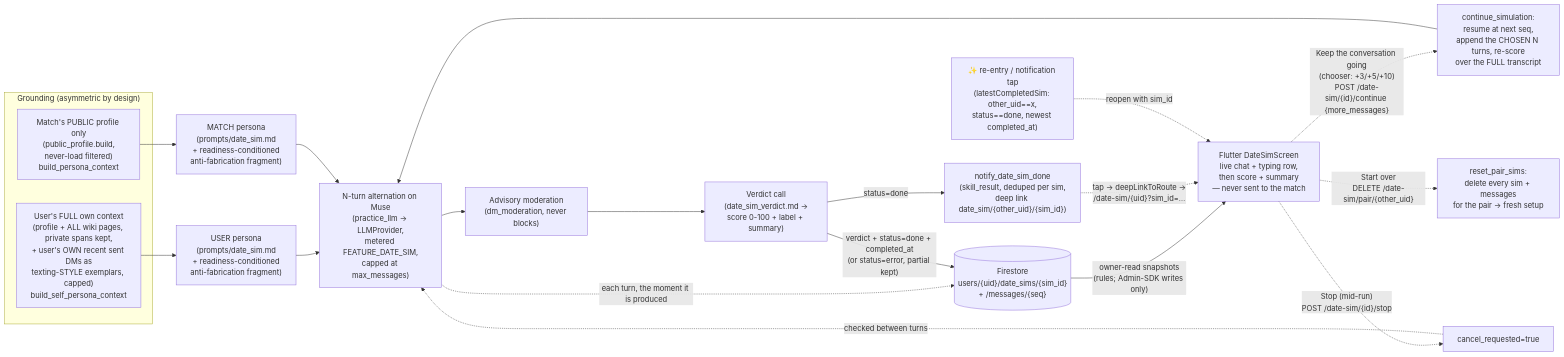
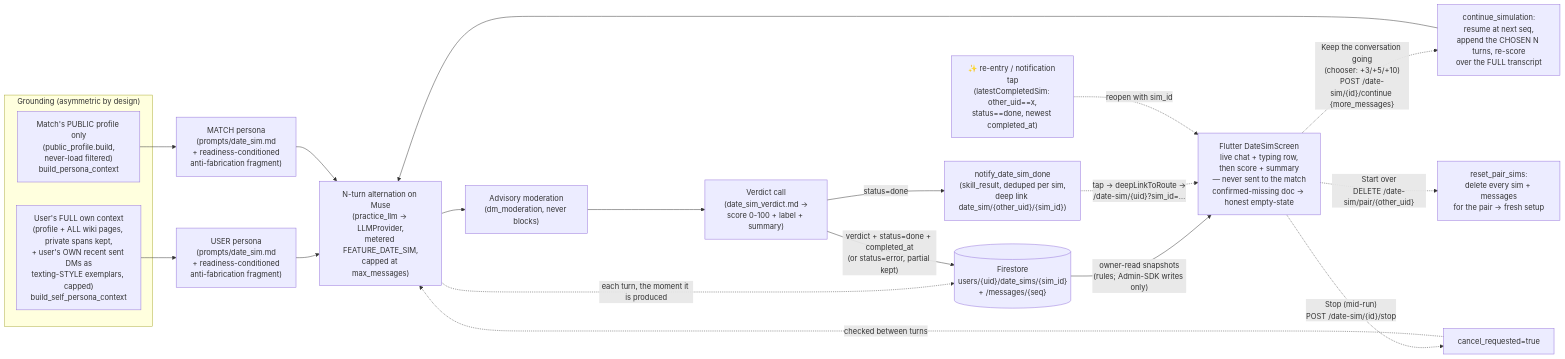
Before and after one commit to suhailps93/ayma-v2: diagram 12 of 14 in docs/ARCHITECTURE.md, drawn with Mermaid. The commit also changed other lines of this file and 4 other files, not shown here.

First line of the commit message:
fix(sim): honest empty-state for deleted sim + deep-link regression pins (2289)

````diff
--- a/docs/ARCHITECTURE.md
+++ b/docs/ARCHITECTURE.md
@@ -2439,23 +2443,23 @@
 ```mermaid
 flowchart LR
   subgraph grounding["Grounding (asymmetric by design)"]
     U["User's FULL own context<br/>(profile + ALL wiki pages, private spans kept,<br/>+ user's OWN recent sent DMs as<br/>texting-STYLE exemplars, capped)<br/>build_self_persona_context"]
     M["Match's PUBLIC profile only<br/>(public_profile.build,<br/>never-load filtered)<br/>build_persona_context"]
   end
   U --> P1["USER persona<br/>(prompts/date_sim.md<br/>+ readiness-conditioned<br/>anti-fabrication fragment)"]
   M --> P2["MATCH persona<br/>(prompts/date_sim.md<br/>+ readiness-conditioned<br/>anti-fabrication fragment)"]
   P1 & P2 --> LOOP["N-turn alternation on Muse<br/>(practice_llm → LLMProvider,<br/>metered FEATURE_DATE_SIM,<br/>capped at max_messages)"]
   LOOP --> MOD["Advisory moderation<br/>(dm_moderation, never blocks)"]
   MOD --> V["Verdict call<br/>(date_sim_verdict.md →<br/>score 0-100 + label + summary)"]
   LOOP -. "each turn, the moment it is produced" .-> FS[("Firestore<br/>users/{uid}/date_sims/{sim_id}<br/>+ /messages/{seq}")]
   V -- "verdict + status=done + completed_at<br/>(or status=error, partial kept)" --> FS
   V -- "status=done" --> NOTIF["notify_date_sim_done<br/>(skill_result, deduped per sim,<br/>deep link date_sim/{other_uid}/{sim_id})"]
-  FS -- "owner-read snapshots<br/>(rules; Admin-SDK writes only)" --> UI["Flutter DateSimScreen<br/>live chat + typing row,<br/>then score + summary<br/>— never sent to the match"]
+  FS -- "owner-read snapshots<br/>(rules; Admin-SDK writes only)" --> UI["Flutter DateSimScreen<br/>live chat + typing row,<br/>then score + summary<br/>— never sent to the match<br/>confirmed-missing doc → honest empty-state"]
   NOTIF -. "tap → deepLinkToRoute →<br/>/date-sim/{uid}?sim_id=…" .-> UI
   REOPEN["✨ re-entry / notification tap<br/>(latestCompletedSim: other_uid==x,<br/>status==done, newest completed_at)"] -. "reopen with sim_id" .-> UI
   UI -. "Keep the conversation going<br/>(chooser: +3/+5/+10)<br/>POST /date-sim/{id}/continue {more_messages}" .-> CONT["continue_simulation:<br/>resume at next seq,<br/>append the CHOSEN N turns, re-score<br/>over the FULL transcript"]
   CONT --> LOOP
   UI -. "Stop (mid-run)<br/>POST /date-sim/{id}/stop" .-> STOP["cancel_requested=true"]
   STOP -. "checked between turns" .-> LOOP
   UI -. "Start over<br/>DELETE /date-sim/pair/{other_uid}" .-> RESET["reset_pair_sims:<br/>delete every sim + messages<br/>for the pair → fresh setup"]
 ```
````
